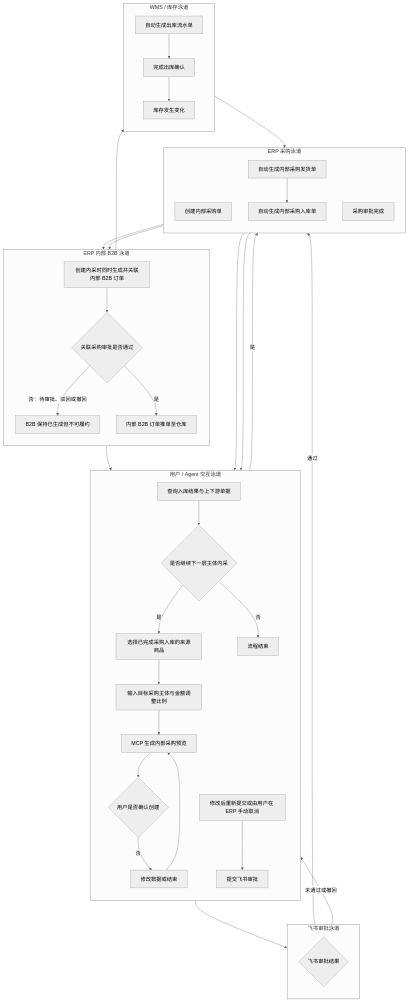
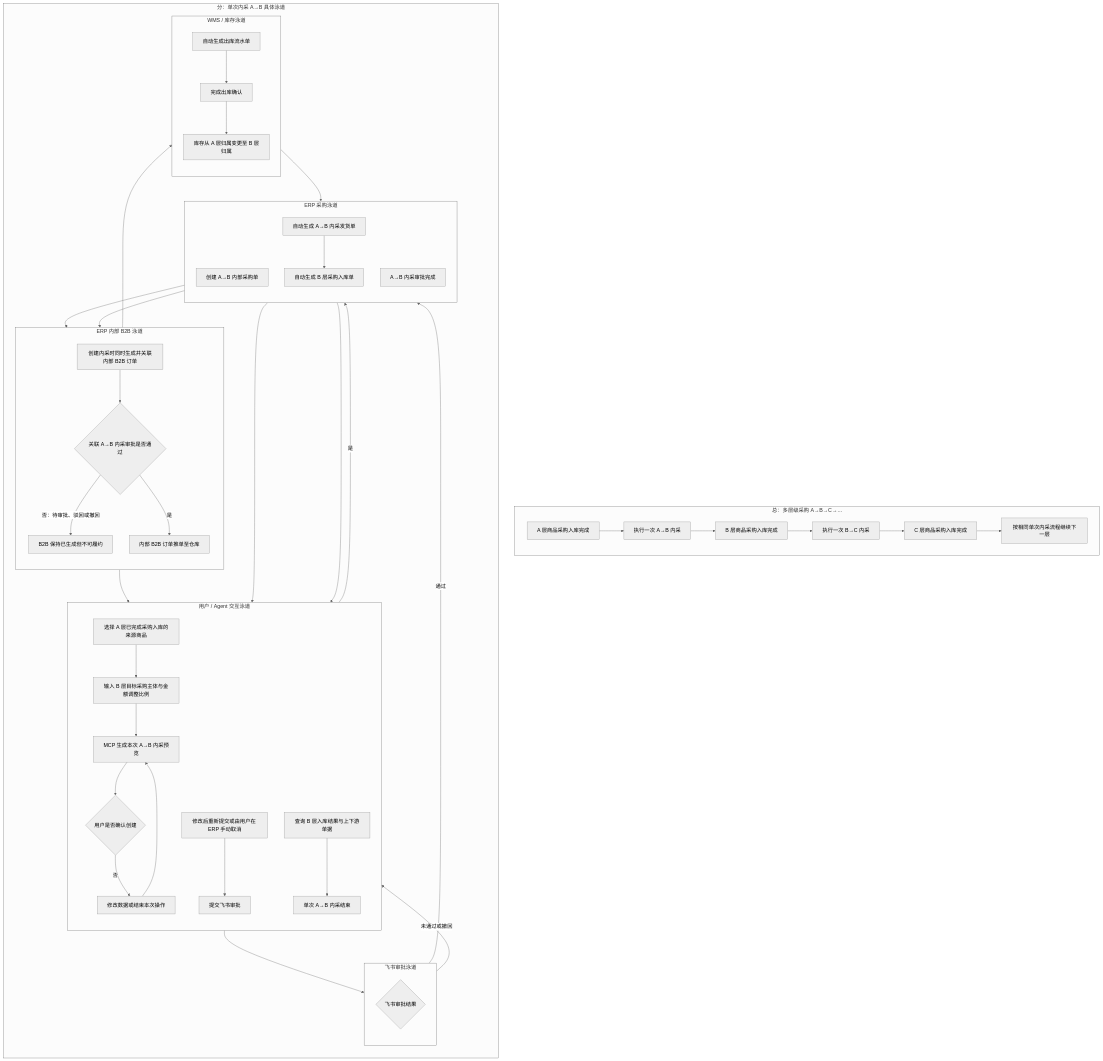
Before and after one commit to arlo-hello/erp-ai-docs-arlo: the diagram in docs/v0.28.7/tasks/0205/prd-feishu.md, drawn with Mermaid (neutral theme). The commit also changed other lines of this file, not shown here.

Commit message:
docs: ERP-205 update slice plan

````diff
--- a/docs/v0.28.7/tasks/0205/prd-feishu.md
+++ b/docs/v0.28.7/tasks/0205/prd-feishu.md
@@ -25,60 +25,71 @@
 ```mermaid
 flowchart TB
-  subgraph UA[用户 / Agent 交互泳道]
-    direction TB
-    U0[选择已完成采购入库的来源商品]
-    U1[输入目标采购主体与金额调整比例]
-    U2[MCP 生成内部采购预览]
-    U3{用户是否确认创建}
-    U4[修改数据或结束]
-    U5[提交飞书审批]
-    U6[修改后重新提交或由用户在 ERP 手动取消]
-    U7[查询入库结果与上下游单据]
-    U8{是否继续下一层主体内采}
-    U9[流程结束]
+  subgraph TOTAL[总：多层级采购 A→B→C→…]
+    direction LR
+    T0[A 层商品采购入库完成]
+    T1[执行一次 A→B 内采]
+    T2[B 层商品采购入库完成]
+    T3[执行一次 B→C 内采]
+    T4[C 层商品采购入库完成]
+    T5[按相同单次内采流程继续下一层]
+    T0 --> T1 --> T2 --> T3 --> T4 --> T5
   end
 
-  subgraph PO[ERP 采购泳道]
+  subgraph DETAIL[分：单次内采 A→B 具体泳道]
     direction TB
-    P0[创建内部采购单]
-    P1[采购审批完成]
-    P2[自动生成内部采购发货单]
-    P3[自动生成内部采购入库单]
+    subgraph UA[用户 / Agent 交互泳道]
+      direction TB
+      U0[选择 A 层已完成采购入库的来源商品]
+      U1[输入 B 层目标采购主体与金额调整比例]
+      U2[MCP 生成本次 A→B 内采预览]
+      U3{用户是否确认创建}
+      U4[修改数据或结束本次操作]
+      U5[提交飞书审批]
+      U6[修改后重新提交或由用户在 ERP 手动取消]
+      U7[查询 B 层入库结果与上下游单据]
+      U8[单次 A→B 内采结束]
+    end
+
+    subgraph PO[ERP 采购泳道]
+      direction TB
+      P0[创建 A→B 内部采购单]
+      P1[A→B 内采审批完成]
+      P2[自动生成 A→B 内采发货单]
+      P3[自动生成 B 层采购入库单]
+    end
+
+    subgraph AP[飞书审批泳道]
+      direction TB
+      A0{飞书审批结果}
+    end
+
+    subgraph B2B[ERP 内部 B2B 泳道]
+      direction TB
+      B0[创建内采时同时生成并关联内部 B2B 订单]
+      B1{关联 A→B 内采审批是否通过}
+      B2[B2B 保持已生成但不可履约]
+      B3[内部 B2B 订单推单至仓库]
+    end
+
+    subgraph WMS[WMS / 库存泳道]
+      direction TB
+      W0[自动生成出库流水单]
+      W1[完成出库确认]
+      W2[库存从 A 层归属变更至 B 层归属]
+    end
+
+    U0 --> U1 --> U2 --> U3
+    U3 -->|否| U4 --> U2
+    U3 -->|是| P0
+    P0 --> B0
+    P0 --> U5 --> A0
+    A0 -->|未通过或撤回| U6 --> U5
+    A0 -->|通过| P1
+    B0 --> B1
+    P1 --> B1
+    B1 -->|否：待审批、驳回或撤回| B2 --> U6
+    B1 -->|是| B3 --> W0 --> W1
+    W1 --> W2
+    W1 --> P2 --> P3 --> U7 --> U8
   end
-
-  subgraph AP[飞书审批泳道]
-    direction TB
-    A0{飞书审批结果}
-  end
-
-  subgraph B2B[ERP 内部 B2B 泳道]
-    direction TB
-    B0[创建内采时同时生成并关联内部 B2B 订单]
-    B1{关联采购审批是否通过}
-    B2[B2B 保持已生成但不可履约]
-    B3[内部 B2B 订单推单至仓库]
-  end
-
-  subgraph WMS[WMS / 库存泳道]
-    direction TB
-    W0[自动生成出库流水单]
-    W1[完成出库确认]
-    W2[库存发生变化]
-  end
-
-  U0 --> U1 --> U2 --> U3
-  U3 -->|否| U4 --> U2
-  U3 -->|是| P0
-  P0 --> B0
-  P0 --> U5 --> A0
-  A0 -->|未通过或撤回| U6 --> U5
-  A0 -->|通过| P1
-  B0 --> B1
-  P1 --> B1
-  B1 -->|否：待审批、驳回或撤回| B2 --> U6
-  B1 -->|是| B3 --> W0 --> W1
-  W1 --> W2
-  W1 --> P2 --> P3 --> U7 --> U8
-  U8 -->|是| U0
-  U8 -->|否| U9
 ```
````
